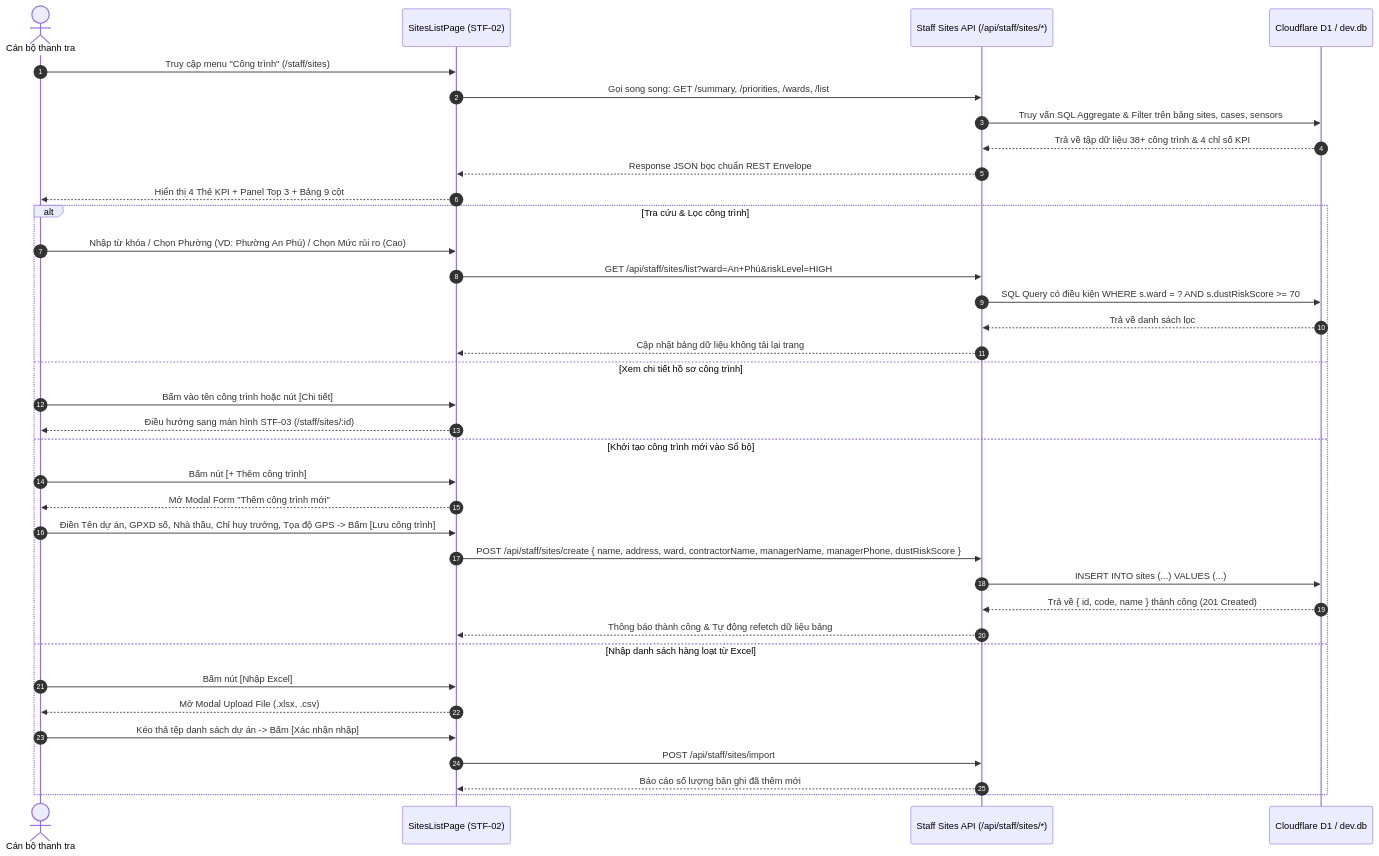
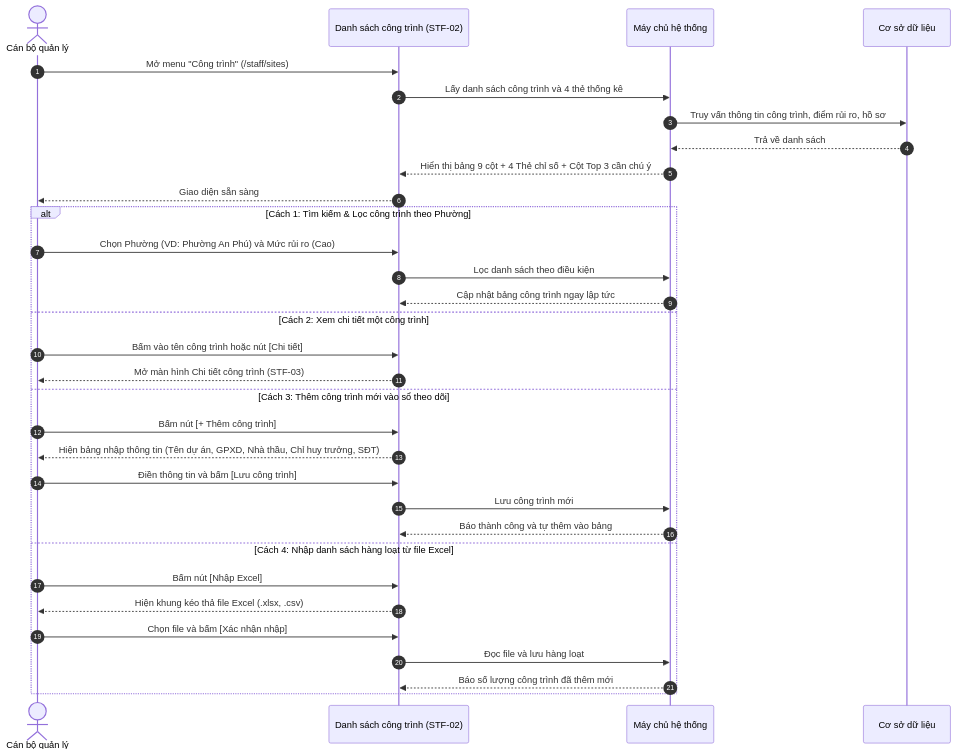
One commit to 26730023-PhamPhuNguyenHung/unicef-dustguard changed the diagram in docs/product/screens/STAFF-02-sites-list.md. Above: the diagram before and after it, drawn with Mermaid. The commit also changed other lines of this file and 30 other files, not shown here.

````diff
--- a/docs/product/screens/STAFF-02-sites-list.md
+++ b/docs/product/screens/STAFF-02-sites-list.md
@@ -62,40 +55,36 @@
 ```mermaid
 sequenceDiagram
     autonumber
-    actor Staff as Cán bộ thanh tra
-    participant UI as SitesListPage (STF-02)
-    participant API as Staff Sites API (/api/staff/sites/*)
-    participant D1 as Cloudflare D1 / dev.db
+    actor CB as Cán bộ quản lý
+    participant MH as Danh sách công trình (STF-02)
+    participant HT as Máy chủ hệ thống
+    participant CSDL as Cơ sở dữ liệu
 
-    Staff->>UI: Truy cập menu "Công trình" (/staff/sites)
-    UI->>API: Gọi song song: GET /summary, /priorities, /wards, /list
-    API->>D1: Truy vấn SQL Aggregate & Filter trên bảng sites, cases, sensors
-    D1-->>API: Trả về tập dữ liệu 38+ công trình & 4 chỉ số KPI
-    API-->>UI: Response JSON bọc chuẩn REST Envelope
-    UI-->>Staff: Hiển thị 4 Thẻ KPI + Panel Top 3 + Bảng 9 cột
+    CB->>MH: Mở menu "Công trình" (/staff/sites)
+    MH->>HT: Lấy danh sách công trình và 4 thẻ thống kê
+    HT->>CSDL: Truy vấn thông tin công trình, điểm rủi ro, hồ sơ
+    CSDL-->>HT: Trả về danh sách
+    HT-->>MH: Hiển thị bảng 9 cột + 4 Thẻ chỉ số + Cột Top 3 cần chú ý
+    MH-->>CB: Giao diện sẵn sàng
 
-    alt Tra cứu & Lọc công trình
-        Staff->>UI: Nhập từ khóa / Chọn Phường (VD: Phường An Phú) / Chọn Mức rủi ro (Cao)
-        UI->>API: GET /api/staff/sites/list?ward=An+Phú&riskLevel=HIGH
-        API->>D1: SQL Query có điều kiện WHERE s.ward = ? AND s.dustRiskScore >= 70
-        D1-->>API: Trả về danh sách lọc
-        API-->>UI: Cập nhật bảng dữ liệu không tải lại trang
-    else Xem chi tiết hồ sơ công trình
-        Staff->>UI: Bấm vào tên công trình hoặc nút [Chi tiết]
-        UI-->>Staff: Điều hướng sang màn hình STF-03 (/staff/sites/:id)
-    else Khởi tạo công trình mới vào Sổ bộ
-        Staff->>UI: Bấm nút [+ Thêm công trình]
-        UI-->>Staff: Mở Modal Form "Thêm công trình mới"
-        Staff->>UI: Điền Tên dự án, GPXD số, Nhà thầu, Chỉ huy trưởng, Tọa độ GPS -> Bấm [Lưu công trình]
-        UI->>API: POST /api/staff/sites/create { name, address, ward, contractorName, managerName, managerPhone, dustRiskScore }
-        API->>D1: INSERT INTO sites (...) VALUES (...)
-        D1-->>API: Trả về { id, code, name } thành công (201 Created)
-        API-->>UI: Thông báo thành công & Tự động refetch dữ liệu bảng
-    else Nhập danh sách hàng loạt từ Excel
-        Staff->>UI: Bấm nút [Nhập Excel]
-        UI-->>Staff: Mở Modal Upload File (.xlsx, .csv)
-        Staff->>UI: Kéo thả tệp danh sách dự án -> Bấm [Xác nhận nhập]
-        UI->>API: POST /api/staff/sites/import
-        API-->>UI: Báo cáo số lượng bản ghi đã thêm mới
+    alt Cách 1: Tìm kiếm & Lọc công trình theo Phường
+        CB->>MH: Chọn Phường (VD: Phường An Phú) và Mức rủi ro (Cao)
+        MH->>HT: Lọc danh sách theo điều kiện
+        HT-->>MH: Cập nhật bảng công trình ngay lập tức
+    else Cách 2: Xem chi tiết một công trình
+        CB->>MH: Bấm vào tên công trình hoặc nút [Chi tiết]
+        MH-->>CB: Mở màn hình Chi tiết công trình (STF-03)
+    else Cách 3: Thêm công trình mới vào sổ theo dõi
+        CB->>MH: Bấm nút [+ Thêm công trình]
+        MH-->>CB: Hiện bảng nhập thông tin (Tên dự án, GPXD, Nhà thầu, Chỉ huy trưởng, SĐT)
+        CB->>MH: Điền thông tin và bấm [Lưu công trình]
+        MH->>HT: Lưu công trình mới
+        HT-->>MH: Báo thành công và tự thêm vào bảng
+    else Cách 4: Nhập danh sách hàng loạt từ file Excel
+        CB->>MH: Bấm nút [Nhập Excel]
+        MH-->>CB: Hiện khung kéo thả file Excel (.xlsx, .csv)
+        CB->>MH: Chọn file và bấm [Xác nhận nhập]
+        MH->>HT: Đọc file và lưu hàng loạt
+        HT-->>MH: Báo số lượng công trình đã thêm mới
     end
 ```
````
